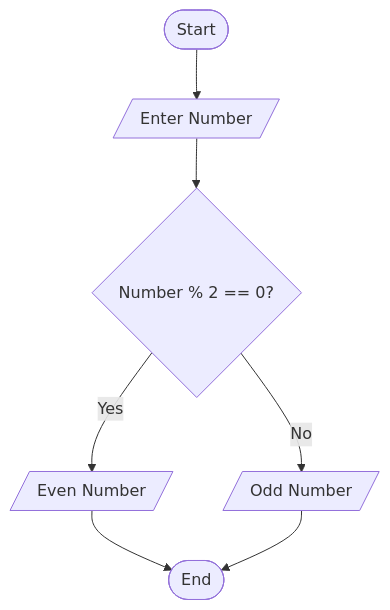
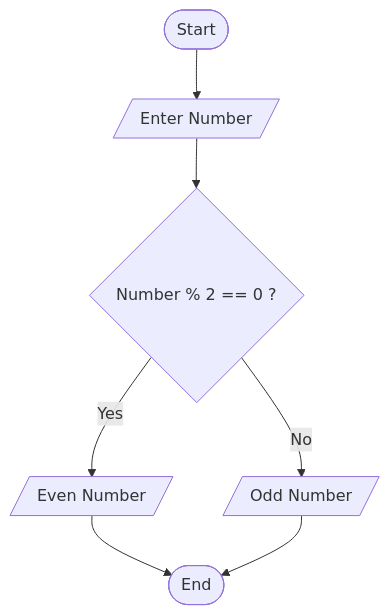
The fifth of 20 diagrams in README.md (cwa-web/BasicPythonPrograms), drawn with Mermaid before and after one commit. The commit also changed other lines of this file, not shown here.

First line of the commit message:
Refactor flow diagrams to use Mermaid syntax

````diff
--- a/README.md
+++ b/README.md
@@ -184,9 +196,9 @@
   ```mermaid
   flowchart TD
       A([Start]) --> B[/Enter Number/]
-      B --> C{Number % 2 == 0?}
+      B --> C{"Number % 2 == 0 ?"}
       C -- Yes --> D[/Even Number/]
       C -- No --> E[/Odd Number/]
       D --> F([End])
       E --> F
   ```
````
